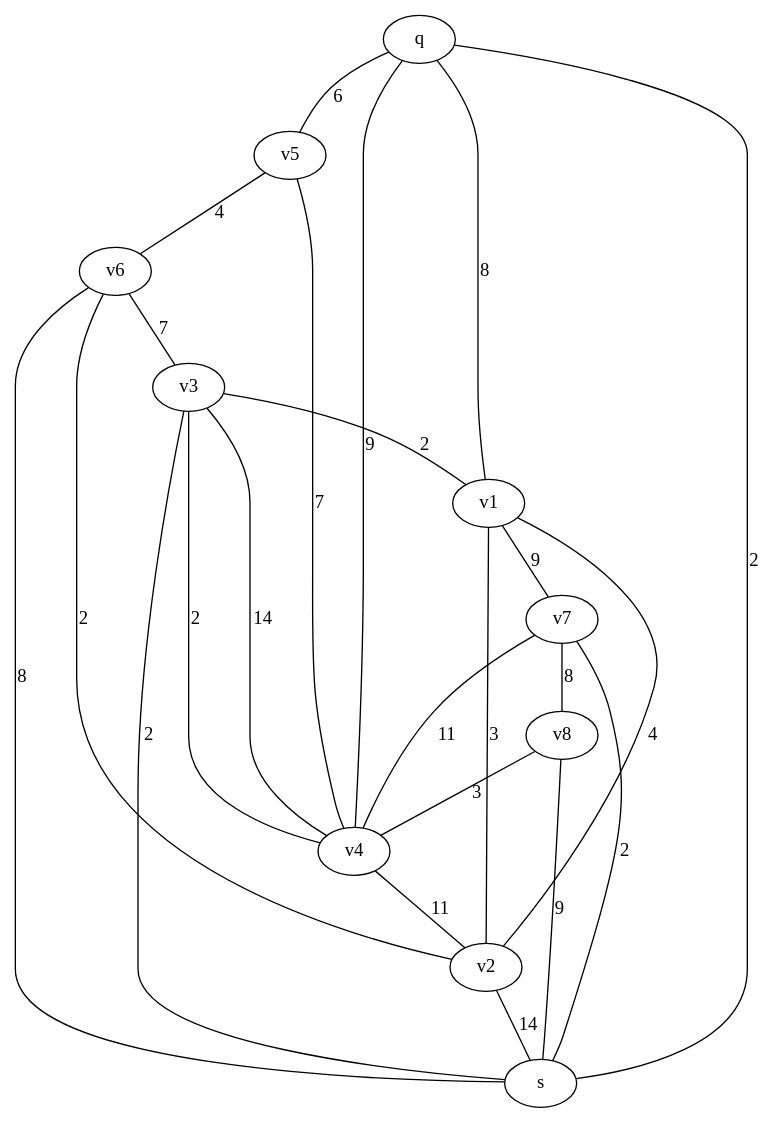
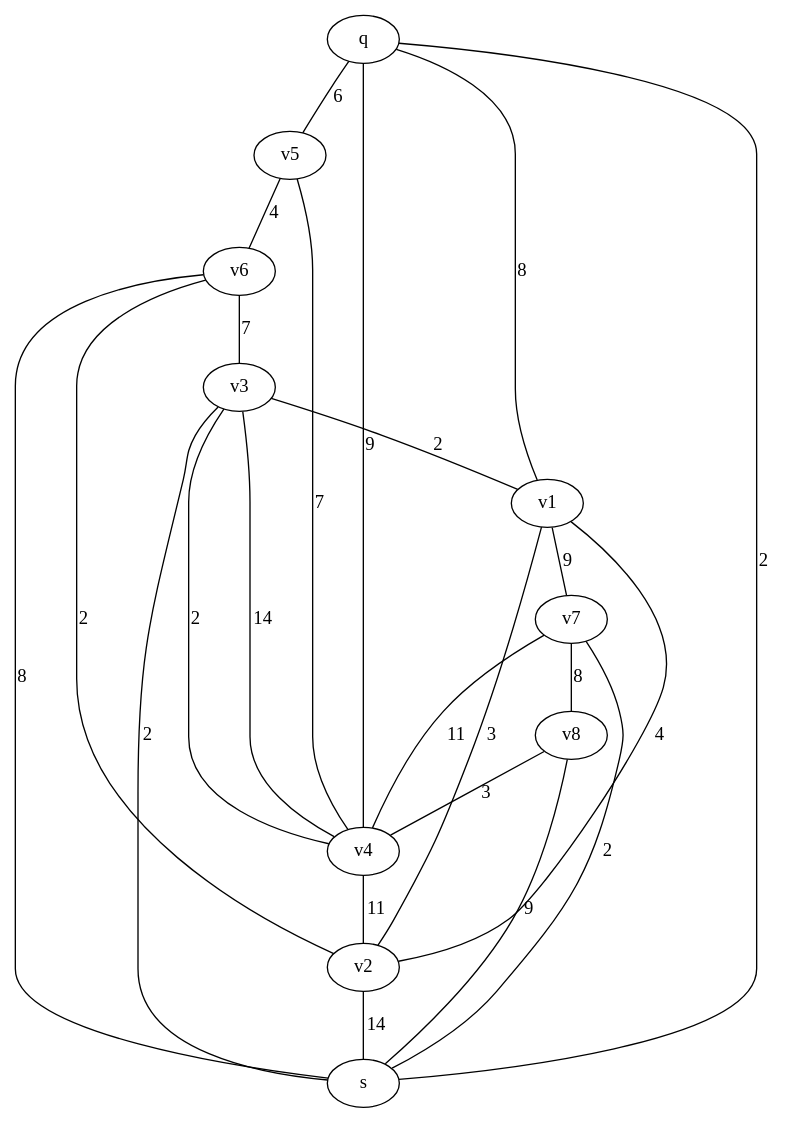
One commit to adrian-helberg/ws2018 changed the diagram in GKA/gkap/src/main/graphviz/graph11.dot. Above: the diagram before and after it, drawn with Graphviz. The commit also changed 25 other files, not shown here.

Commit message:
GKAP import graphs from dot files

```diff
--- a/GKA/gkap/src/main/graphviz/graph11.dot
+++ b/GKA/gkap/src/main/graphviz/graph11.dot
@@ -1,25 +1,25 @@
 graph {
-v3--s[label=2];
-v2--v1[label=4];
-v5--v6[label=4];
-q--s[label=2];
-v3--v1[label=2];
-v4--v3[label=2];
-v6--v2[label=2];
-v7--s[label=2];
-v1--v2[label=3];
-v8--v4[label=3];
-q--v5[label=6];
-v6--v3[label=7];
-v5--v4[label=7];
-q--v1[label=8];
-v6--s[label=8];
-v7--v8[label=8];
-q--v4[label=9];
-v8--s[label=9];
-v1--v7[label=9];
-v4--v2[label=11];
-v7--v4[label=11];
-v2--s[label=14];
-v3--v4[label=14];
+v3--s[label=2, weight=2];
+v2--v1[label=4, weight=4];
+v5--v6[label=4, weight=4];
+q--s[label=2, weight=2];
+v3--v1[label=2, weight=2];
+v4--v3[label=2, weight=2];
+v6--v2[label=2, weight=2];
+v7--s[label=2, weight=2];
+v1--v2[label=3, weight=3];
+v8--v4[label=3, weight=3];
+q--v5[label=6, weight=6];
+v6--v3[label=7, weight=7];
+v5--v4[label=7, weight=7];
+q--v1[label=8, weight=8];
+v6--s[label=8, weight=8];
+v7--v8[label=8, weight=8];
+q--v4[label=9, weight=9];
+v8--s[label=9, weight=9];
+v1--v7[label=9, weight=9];
+v4--v2[label=11, weight=11];
+v7--v4[label=11, weight=11];
+v2--s[label=14, weight=14];
+v3--v4[label=14, weight=14];
 }
```
